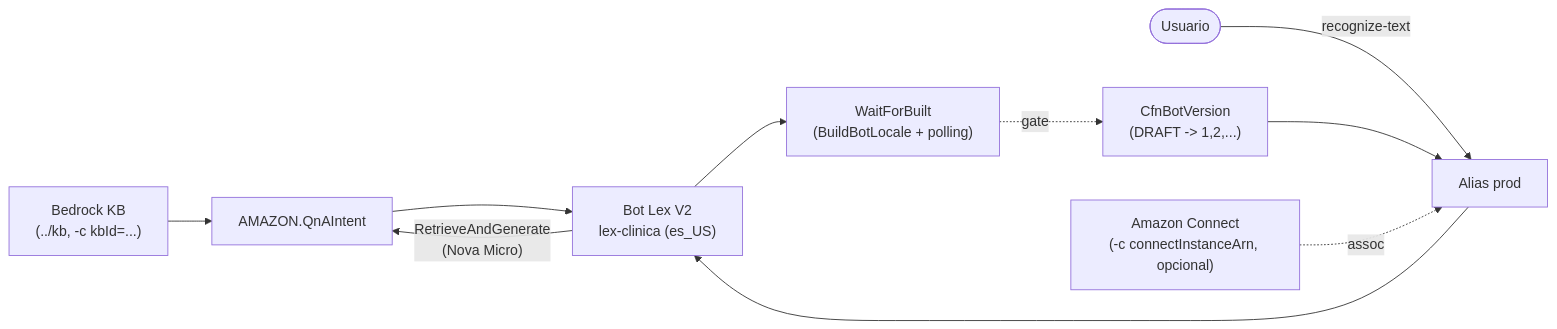
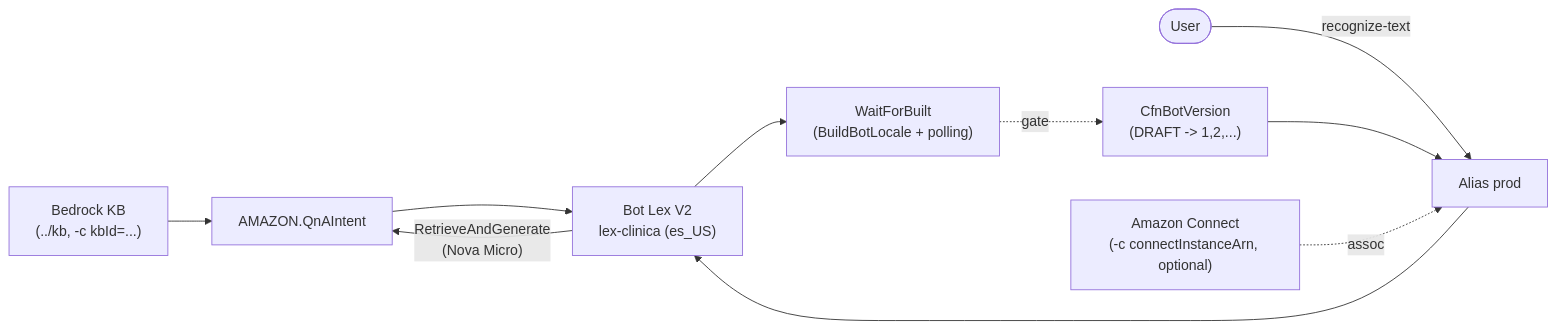
One commit to kaesar/demo-lex changed the diagram in README.md. Above: the diagram before and after it, drawn with Mermaid. The commit also changed other lines of this file and 2 other files, not shown here.

Commit message:
v0.1.0 Demo Amazon Lex + Amazon Bedrock with Knowledge Base and CDK.

````diff
--- a/README.md
+++ b/README.md
@@ -48,12 +48,12 @@
 ```mermaid
 flowchart LR
     KB["Bedrock KB<br/>(../kb, -c kbId=...)"] --> QnA["AMAZON.QnAIntent"]
     QnA --> Lex["Bot Lex V2<br/>lex-clinica (es_US)"]
-    User(["Usuario"]) -- "recognize-text" --> Alias["Alias prod"]
+    User(["User"]) -- "recognize-text" --> Alias["Alias prod"]
     Alias --> Lex
     Lex --> Build["WaitForBuilt<br/>(BuildBotLocale + polling)"]
     Build -. gate .-> Version["CfnBotVersion<br/>(DRAFT -> 1,2,...)"]
     Version --> Alias
     Lex -- "RetrieveAndGenerate<br/>(Nova Micro)" --> QnA
-    Connect["Amazon Connect<br/>(-c connectInstanceArn, opcional)"] -. assoc .-> Alias
+    Connect["Amazon Connect<br/>(-c connectInstanceArn, optional)"] -. assoc .-> Alias
 ```
````
